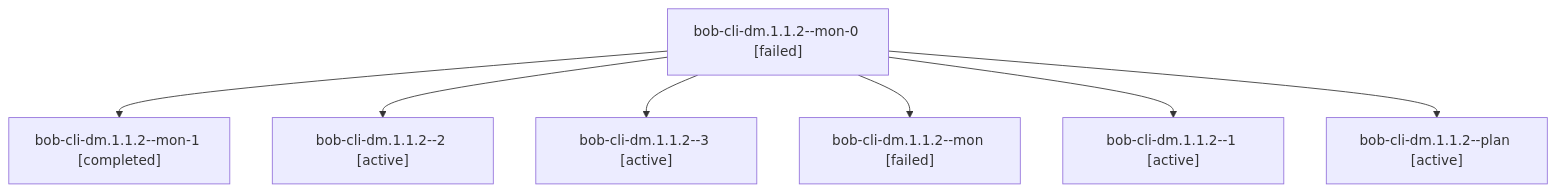
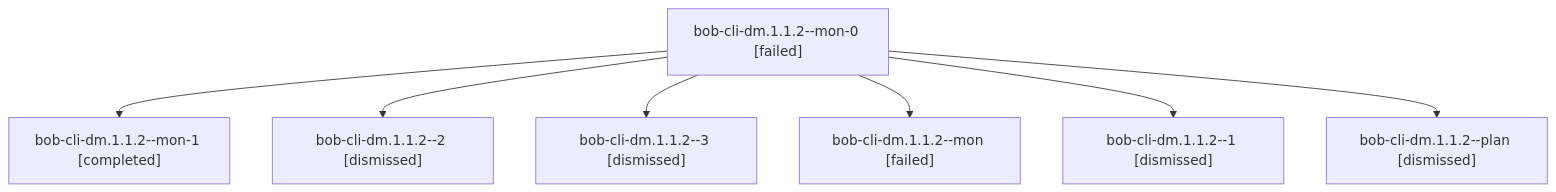
The diagram in sessions/bbugyi200.apollo.bob-cli-dm.1.1.2.md (bobs-org/bob-cli--agents), drawn with Mermaid before and after one commit. The commit also changed other lines of this file and 222 other files, not shown here.

````diff
--- a/sessions/bbugyi200.apollo.bob-cli-dm.1.1.2.md
+++ b/sessions/bbugyi200.apollo.bob-cli-dm.1.1.2.md
@@ -9,16 +9,16 @@
 ```mermaid
 flowchart TD
   n0["bob-cli-dm.1.1.2--mon-0 [failed]"]
   n1["bob-cli-dm.1.1.2--mon-1 [completed]"]
   n0 --> n1
-  n2["bob-cli-dm.1.1.2--2 [active]"]
+  n2["bob-cli-dm.1.1.2--2 [dismissed]"]
   n0 --> n2
-  n3["bob-cli-dm.1.1.2--3 [active]"]
+  n3["bob-cli-dm.1.1.2--3 [dismissed]"]
   n0 --> n3
   n4["bob-cli-dm.1.1.2--mon [failed]"]
   n0 --> n4
-  n5["bob-cli-dm.1.1.2--1 [active]"]
+  n5["bob-cli-dm.1.1.2--1 [dismissed]"]
   n0 --> n5
-  n6["bob-cli-dm.1.1.2--plan [active]"]
+  n6["bob-cli-dm.1.1.2--plan [dismissed]"]
   n0 --> n6
 ```
````
